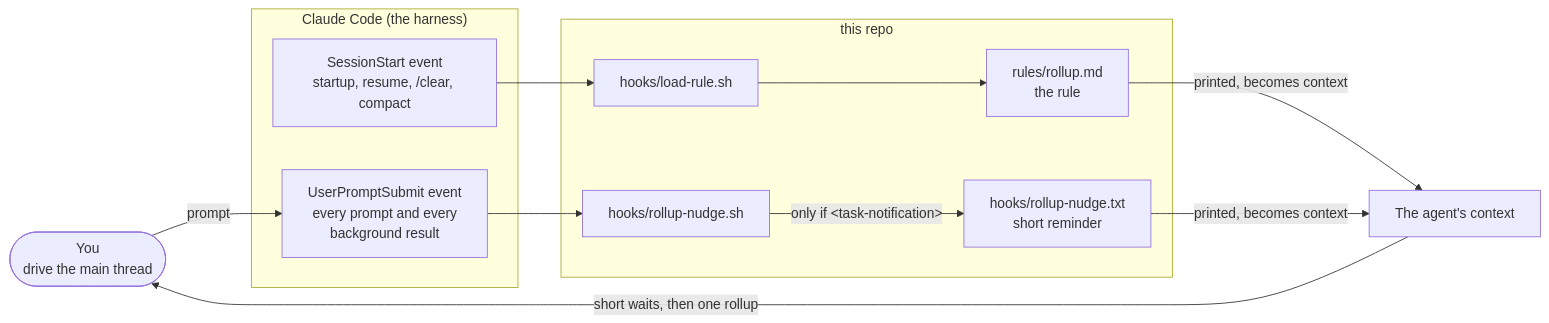
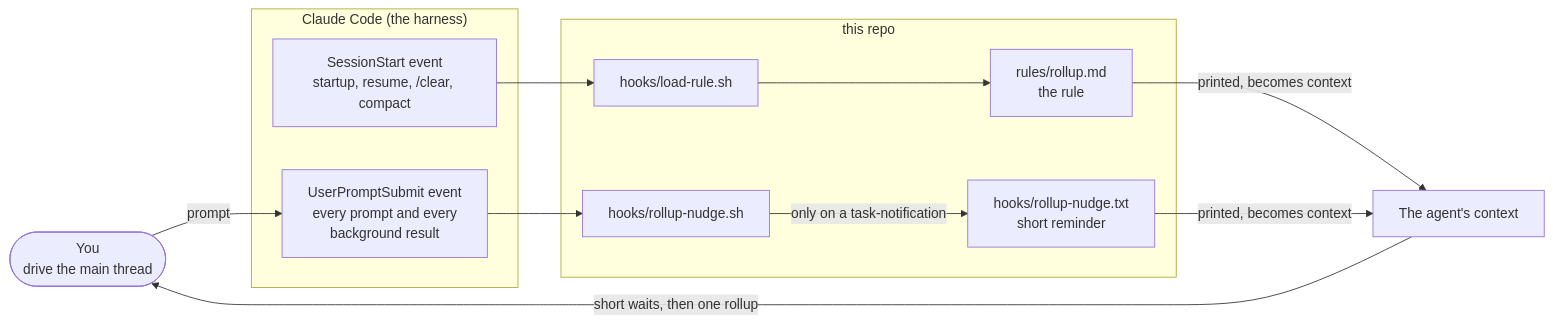
The first of 2 diagrams in README.md (luutuankiet/sample-claude-rollup-setup), drawn with Mermaid before and after one commit. The commit also changed other lines of this file and 1 other file, not shown here.

Commit message:
Diagrams: drop entity codes and a leading # that GitHub's renderer swallows

````diff
--- a/README.md
+++ b/README.md
@@ -52,19 +52,19 @@
 ```mermaid
 flowchart LR
   you(["You<br/>drive the main thread"])
   subgraph harness["Claude Code (the harness)"]
     ss["SessionStart event<br/>startup, resume, /clear, compact"]
     ups["UserPromptSubmit event<br/>every prompt and every<br/>background result"]
   end
   subgraph repo["this repo"]
     load["hooks/load-rule.sh"]
     rule["rules/rollup.md<br/>the rule"]
     nudge["hooks/rollup-nudge.sh"]
     txt["hooks/rollup-nudge.txt<br/>short reminder"]
   end
   agent["The agent's context"]
   ss --> load --> rule -->|"printed, becomes context"| agent
-  ups --> nudge -->|"only if #lt;task-notification#gt;"| txt -->|"printed, becomes context"| agent
+  ups --> nudge -->|"only on a task-notification"| txt -->|"printed, becomes context"| agent
   agent -->|"short waits, then one rollup"| you
   you -->|"prompt"| ups
 ```
````
